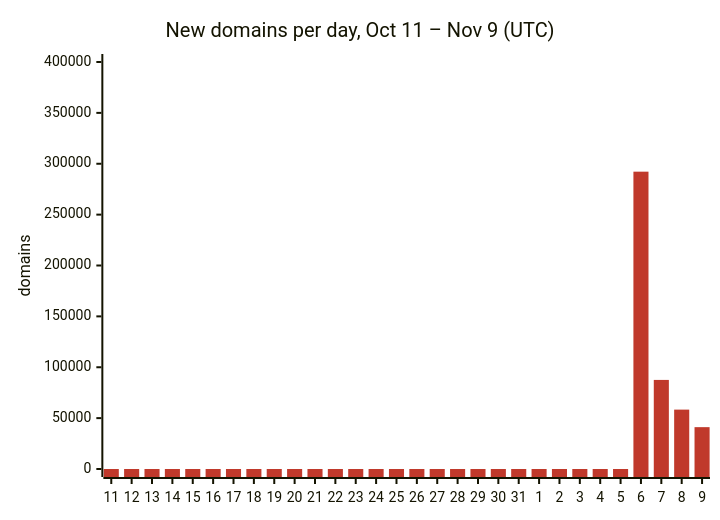
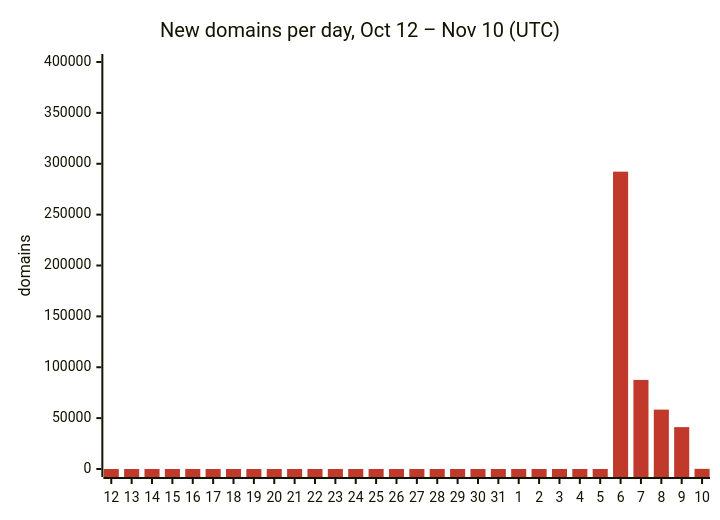
Before and after one commit to DNSBunker/CTI: the first of 3 diagrams in README.md, drawn with Mermaid. The commit also changed other lines of this file and 3 other files, not shown here.

First line of the commit message:
Update 2026-11-10 00:11 UTC: 382087 domains

````diff
--- a/README.md
+++ b/README.md
@@ -29,8 +29,8 @@
 ```mermaid
 %%{init: {"themeVariables": {"xyChart": {"plotColorPalette": "#c0392b"}}}}%%
 xychart-beta
-    title "New domains per day, Oct 11 – Nov 9 (UTC)"
-    x-axis ["11", "12", "13", "14", "15", "16", "17", "18", "19", "20", "21", "22", "23", "24", "25", "26", "27", "28", "29", "30", "31", "1", "2", "3", "4", "5", "6", "7", "8", "9"]
+    title "New domains per day, Oct 12 – Nov 10 (UTC)"
+    x-axis ["12", "13", "14", "15", "16", "17", "18", "19", "20", "21", "22", "23", "24", "25", "26", "27", "28", "29", "30", "31", "1", "2", "3", "4", "5", "6", "7", "8", "9", "10"]
     y-axis "domains" 0 --> 400000
-    bar [0, 0, 0, 0, 0, 0, 0, 0, 0, 0, 0, 0, 0, 0, 0, 0, 0, 0, 0, 0, 0, 0, 0, 0, 0, 0, 292213, 87546, 58360, 41123]
+    bar [0, 0, 0, 0, 0, 0, 0, 0, 0, 0, 0, 0, 0, 0, 0, 0, 0, 0, 0, 0, 0, 0, 0, 0, 0, 292213, 87546, 58360, 41156, 156]
 ```
````
